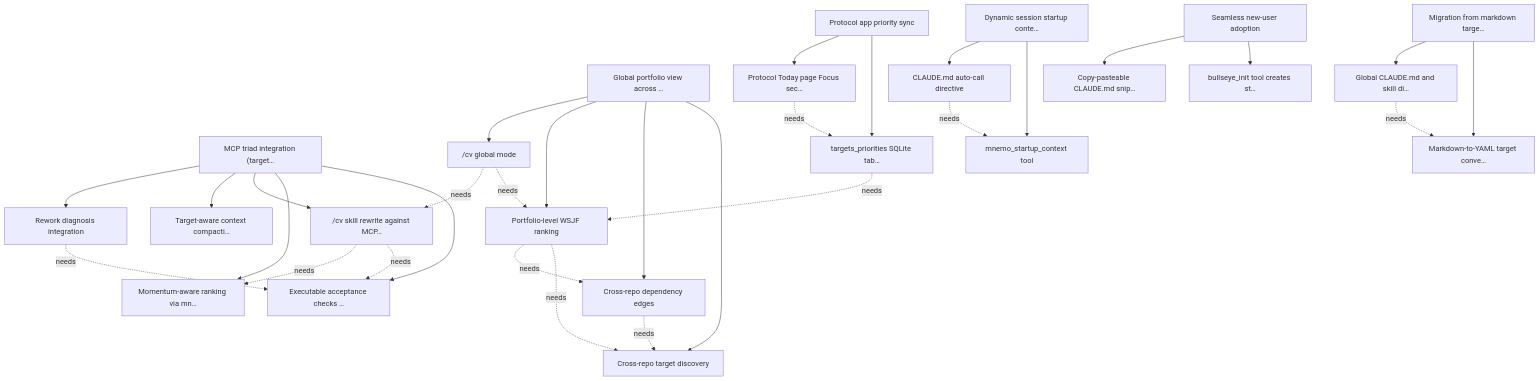
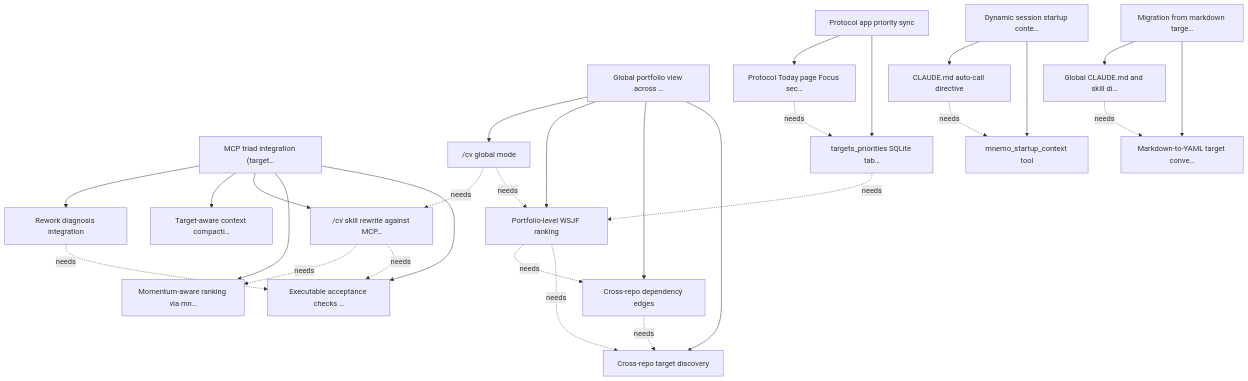
Before and after one commit to marcelocantos/bullseye: the diagram in docs/targets.md, drawn with Mermaid. The commit also changed other lines of this file and 14 other files, not shown here.

First line of the commit message:
Add bullseye_init tool, agent integration snippet, CI fix (v0.3.0) (#1)

````diff
--- a/docs/targets.md
+++ b/docs/targets.md
@@ -361,55 +367,50 @@
 ```mermaid
 graph TD
     T1["MCP triad integration (target…"]
     T1_1["Executable acceptance checks …"]
     T1_2["Momentum-aware ranking via mn…"]
     T1_3["/cv skill rewrite against MCP…"]
     T1_4["Target-aware context compacti…"]
     T1_5["Rework diagnosis integration"]
     T2["Global portfolio view across …"]
     T2_1["Cross-repo target discovery"]
     T2_2["Cross-repo dependency edges"]
     T2_3["Portfolio-level WSJF ranking"]
     T2_4["/cv global mode"]
     T3["Protocol app priority sync"]
     T3_1["targets_priorities SQLite tab…"]
     T3_2["Protocol Today page Focus sec…"]
     T4["Dynamic session startup conte…"]
     T4_1["mnemo_startup_context tool"]
     T4_2["CLAUDE.md auto-call directive"]
     T5["Migration from markdown targe…"]
     T5_1["Markdown-to-YAML target conve…"]
     T5_2["Global CLAUDE.md and skill di…"]
-    T6["Seamless new-user adoption"]
-    T6_1["bullseye_init tool creates st…"]
-    T6_3["Copy-pasteable CLAUDE.md snip…"]
     T1 --> T1_1
     T1 --> T1_2
     T1 --> T1_3
     T1 --> T1_4
     T1 --> T1_5
     T2 --> T2_1
     T2 --> T2_2
     T2 --> T2_3
     T2 --> T2_4
     T3 --> T3_1
     T3 --> T3_2
     T4 --> T4_1
     T4 --> T4_2
     T5 --> T5_1
     T5 --> T5_2
-    T6 --> T6_1
-    T6 --> T6_3
     T1_3 -.->|needs| T1_1
     T1_3 -.->|needs| T1_2
     T1_5 -.->|needs| T1_1
     T2_2 -.->|needs| T2_1
     T2_3 -.->|needs| T2_1
     T2_3 -.->|needs| T2_2
     T2_4 -.->|needs| T2_3
     T2_4 -.->|needs| T1_3
     T3_1 -.->|needs| T2_3
     T3_2 -.->|needs| T3_1
     T4_2 -.->|needs| T4_1
     T5_2 -.->|needs| T5_1
 ```
````
